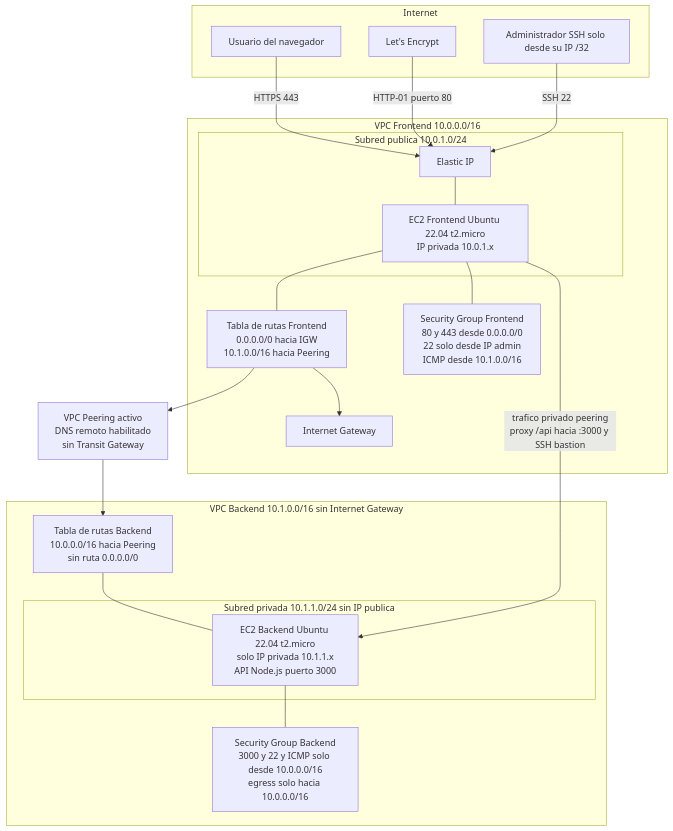
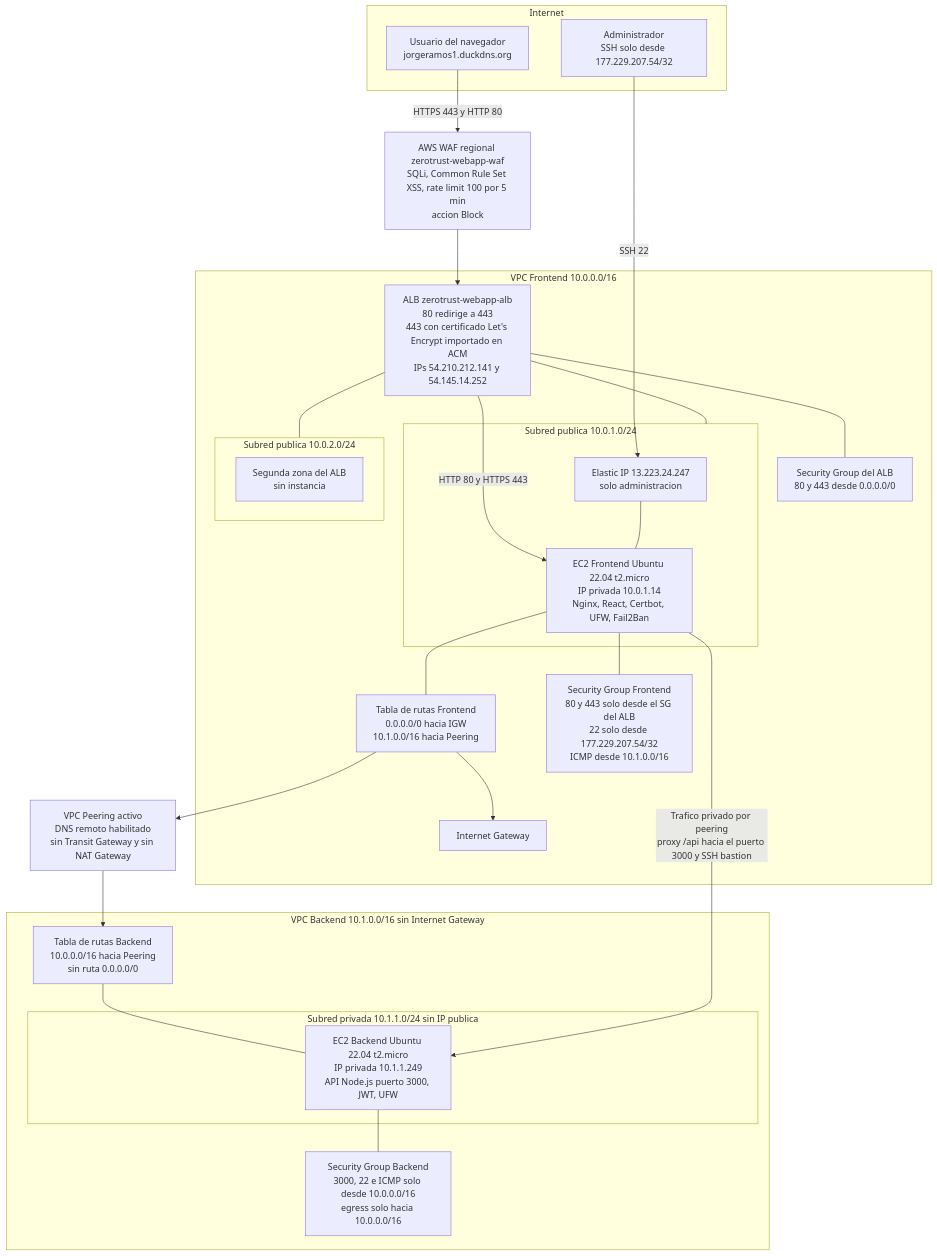
Before and after one commit to EduardoRamos21/actividad-1-zero-trust: the first of 3 diagrams in diagrama-arquitectura.md, drawn with Mermaid. The commit also changed other lines of this file and 7 other files, not shown here.

First line of the commit message:
Sustituye CloudFront por un ALB con WAF regional.

````diff
--- a/diagrama-arquitectura.md
+++ b/diagrama-arquitectura.md
@@ -7,41 +9,51 @@
 ```mermaid
 flowchart TB
   subgraph Internet["Internet"]
-    User["Usuario del navegador"]
-    Admin["Administrador SSH solo desde su IP /32"]
-    LE["Let's Encrypt"]
+    User["Usuario del navegador<br/>jorgeramos1.duckdns.org"]
+    Admin["Administrador<br/>SSH solo desde 177.229.207.54/32"]
   end
+
+  WAF["AWS WAF regional zerotrust-webapp-waf<br/>SQLi, Common Rule Set XSS, rate limit 100 por 5 min<br/>accion Block"]
 
   subgraph VPCF["VPC Frontend 10.0.0.0/16"]
     IGW["Internet Gateway"]
-    subgraph SubF["Subred publica 10.0.1.0/24"]
-      EIP["Elastic IP"]
-      EC2F["EC2 Frontend Ubuntu 22.04 t2.micro<br/>IP privada 10.0.1.x"]
+    ALB["ALB zerotrust-webapp-alb<br/>80 redirige a 443<br/>443 con certificado Let's Encrypt importado en ACM<br/>IPs 54.210.212.141 y 54.145.14.252"]
+    SGALB["Security Group del ALB<br/>80 y 443 desde 0.0.0.0/0"]
+    subgraph SubA["Subred publica 10.0.1.0/24"]
+      EIP["Elastic IP 13.223.24.247<br/>solo administracion"]
+      EC2F["EC2 Frontend Ubuntu 22.04 t2.micro<br/>IP privada 10.0.1.14<br/>Nginx, React, Certbot, UFW, Fail2Ban"]
+    end
+    subgraph SubB["Subred publica 10.0.2.0/24"]
+      AZB["Segunda zona del ALB<br/>sin instancia"]
     end
     RTF["Tabla de rutas Frontend<br/>0.0.0.0/0 hacia IGW<br/>10.1.0.0/16 hacia Peering"]
-    SGF["Security Group Frontend<br/>80 y 443 desde 0.0.0.0/0<br/>22 solo desde IP admin<br/>ICMP desde 10.1.0.0/16"]
+    SGF["Security Group Frontend<br/>80 y 443 solo desde el SG del ALB<br/>22 solo desde 177.229.207.54/32<br/>ICMP desde 10.1.0.0/16"]
   end
 
-  Peer["VPC Peering activo<br/>DNS remoto habilitado<br/>sin Transit Gateway"]
+  Peer["VPC Peering activo<br/>DNS remoto habilitado<br/>sin Transit Gateway y sin NAT Gateway"]
 
   subgraph VPCB["VPC Backend 10.1.0.0/16 sin Internet Gateway"]
-    subgraph SubB["Subred privada 10.1.1.0/24 sin IP publica"]
-      EC2B["EC2 Backend Ubuntu 22.04 t2.micro<br/>solo IP privada 10.1.1.x<br/>API Node.js puerto 3000"]
+    subgraph SubPriv["Subred privada 10.1.1.0/24 sin IP publica"]
+      EC2B["EC2 Backend Ubuntu 22.04 t2.micro<br/>IP privada 10.1.1.249<br/>API Node.js puerto 3000, JWT, UFW"]
     end
     RTB["Tabla de rutas Backend<br/>10.0.0.0/16 hacia Peering<br/>sin ruta 0.0.0.0/0"]
-    SGB["Security Group Backend<br/>3000 y 22 y ICMP solo desde 10.0.0.0/16<br/>egress solo hacia 10.0.0.0/16"]
+    SGB["Security Group Backend<br/>3000, 22 e ICMP solo desde 10.0.0.0/16<br/>egress solo hacia 10.0.0.0/16"]
   end
 
-  User -->|"HTTPS 443"| EIP
-  LE -->|"HTTP-01 puerto 80"| EIP
+  User -->|"HTTPS 443 y HTTP 80"| WAF
+  WAF --> ALB
+  ALB --- SGALB
+  ALB --- SubA
+  ALB --- SubB
+  ALB -->|"HTTP 80 y HTTPS 443"| EC2F
   Admin -->|"SSH 22"| EIP
   EIP --- EC2F
   EC2F --- SGF
   EC2F --- RTF
   RTF --> IGW
   RTF --> Peer
   Peer --> RTB
   RTB --- EC2B
   EC2B --- SGB
-  EC2F -->|"trafico privado peering<br/>proxy /api hacia :3000 y SSH bastion"| EC2B
+  EC2F -->|"Trafico privado por peering<br/>proxy /api hacia el puerto 3000 y SSH bastion"| EC2B
 ```
````
